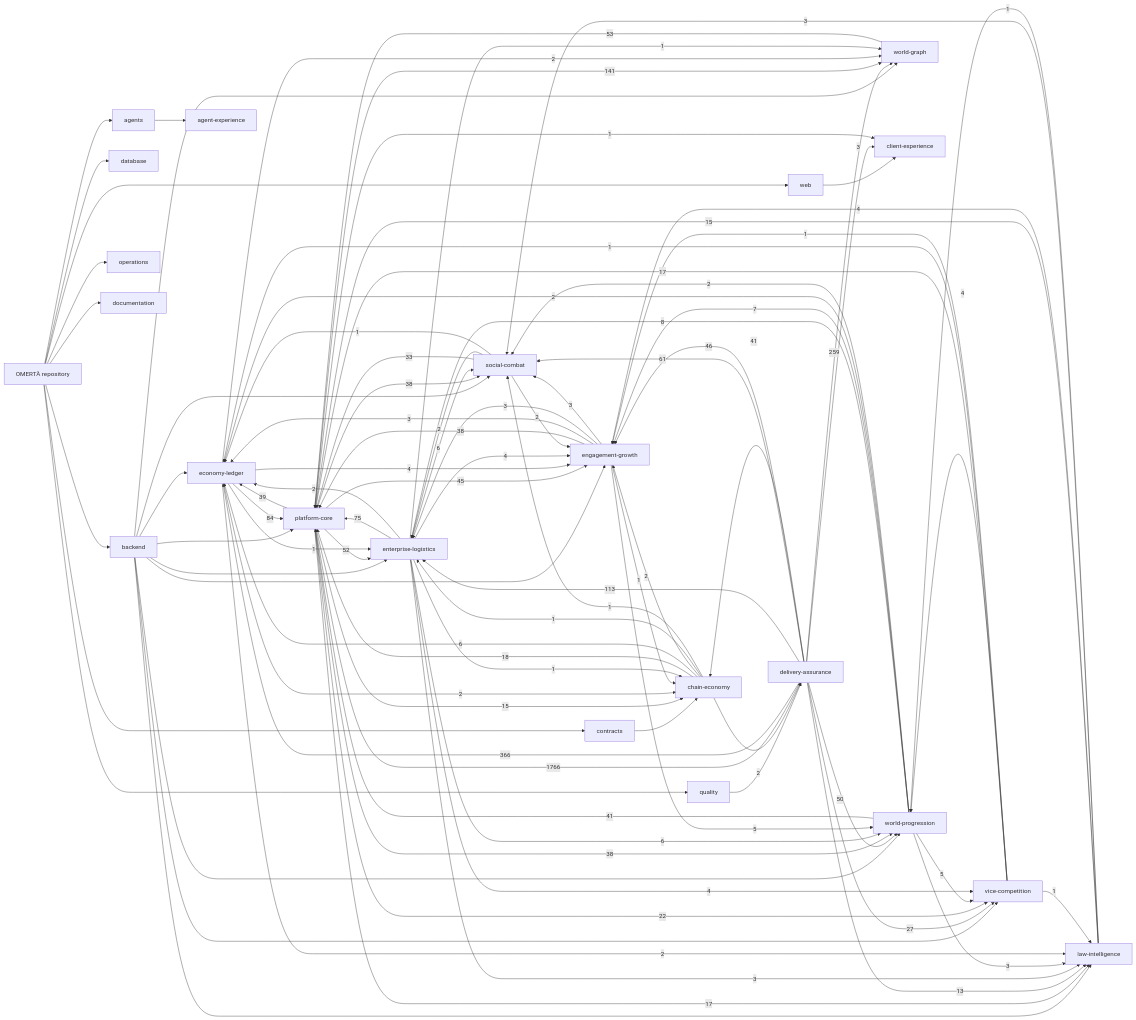
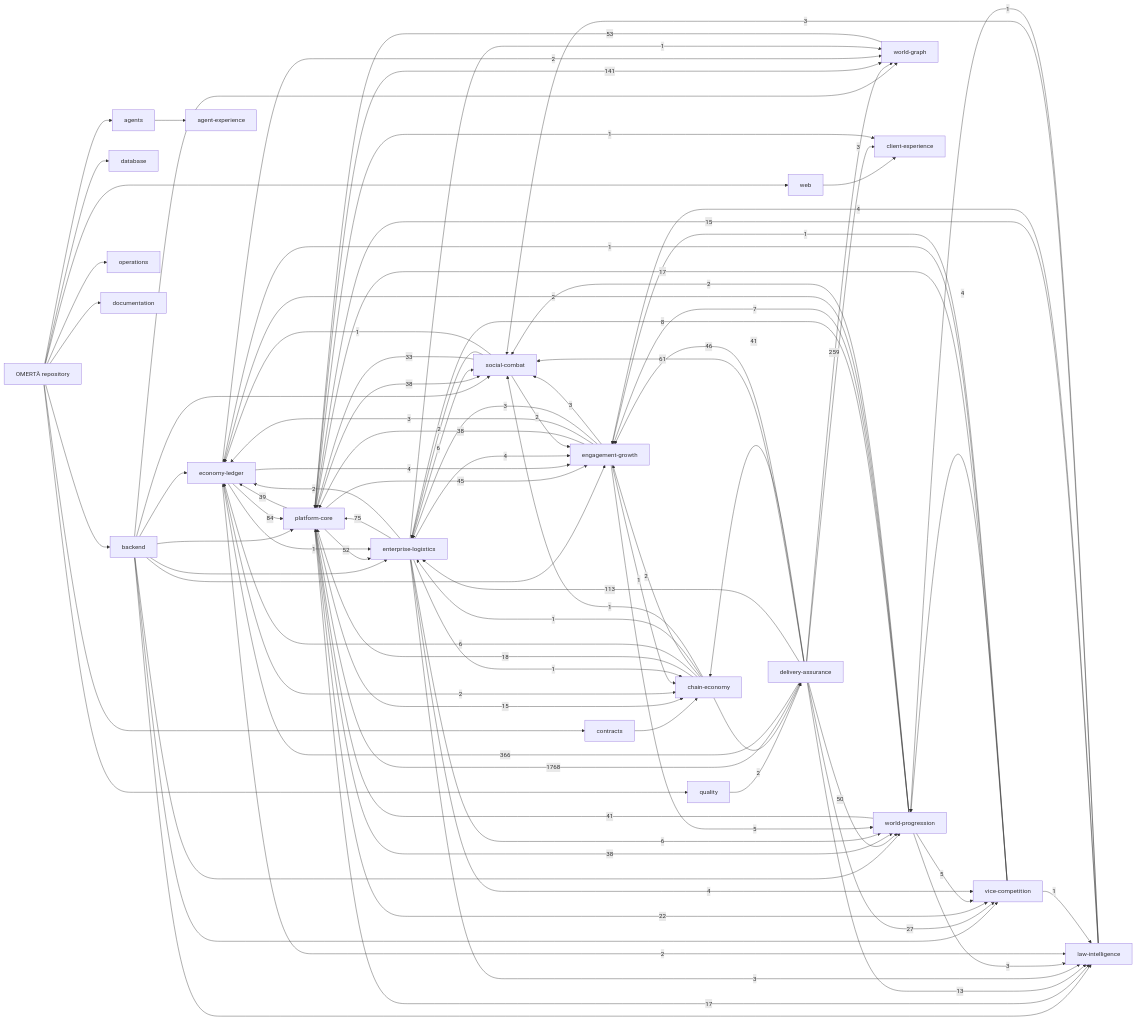
One commit to OmertaDev/Omerta changed the diagram in knowledge/generated/graph.mmd. Above: the diagram before and after it, drawn with Mermaid. The commit also changed 5 other files, not shown here.

```diff
--- a/knowledge/generated/graph.mmd
+++ b/knowledge/generated/graph.mmd
@@ -1,113 +1,113 @@
 flowchart LR
   repo["OMERTÀ repository"]
   sub_backend["backend"]
   repo --> sub_backend
   sub_database["database"]
   repo --> sub_database
   sub_web["web"]
   repo --> sub_web
   sub_contracts["contracts"]
   repo --> sub_contracts
   sub_agents["agents"]
   repo --> sub_agents
   sub_quality["quality"]
   repo --> sub_quality
   sub_operations["operations"]
   repo --> sub_operations
   sub_documentation["documentation"]
   repo --> sub_documentation
   dom_platform-core["platform-core"]
   dom_economy-ledger["economy-ledger"]
   dom_social-combat["social-combat"]
   dom_world-progression["world-progression"]
   dom_world-graph["world-graph"]
   dom_enterprise-logistics["enterprise-logistics"]
   dom_vice-competition["vice-competition"]
   dom_law-intelligence["law-intelligence"]
   dom_chain-economy["chain-economy"]
   dom_engagement-growth["engagement-growth"]
   dom_client-experience["client-experience"]
   dom_agent-experience["agent-experience"]
   dom_delivery-assurance["delivery-assurance"]
   sub_agents --> dom_agent-experience
   sub_backend --> dom_economy-ledger
   sub_backend --> dom_engagement-growth
   sub_backend --> dom_enterprise-logistics
   sub_backend --> dom_law-intelligence
   sub_backend --> dom_platform-core
   sub_backend --> dom_social-combat
   sub_backend --> dom_vice-competition
   sub_backend --> dom_world-graph
   sub_backend --> dom_world-progression
   sub_contracts --> dom_chain-economy
   sub_quality --> dom_delivery-assurance
   sub_web --> dom_client-experience
-  dom_delivery-assurance -->|1766| dom_platform-core
+  dom_delivery-assurance -->|1768| dom_platform-core
   dom_delivery-assurance -->|366| dom_economy-ledger
   dom_delivery-assurance -->|259| dom_world-graph
   dom_platform-core -->|141| dom_world-graph
   dom_delivery-assurance -->|113| dom_enterprise-logistics
   dom_economy-ledger -->|84| dom_platform-core
   dom_enterprise-logistics -->|75| dom_platform-core
   dom_delivery-assurance -->|61| dom_social-combat
   dom_world-graph -->|53| dom_platform-core
   dom_platform-core -->|52| dom_enterprise-logistics
   dom_delivery-assurance -->|50| dom_world-progression
   dom_delivery-assurance -->|46| dom_engagement-growth
   dom_platform-core -->|45| dom_engagement-growth
   dom_delivery-assurance -->|41| dom_chain-economy
   dom_world-progression -->|41| dom_platform-core
   dom_platform-core -->|39| dom_economy-ledger
   dom_engagement-growth -->|38| dom_platform-core
   dom_platform-core -->|38| dom_social-combat
   dom_platform-core -->|38| dom_world-progression
   dom_social-combat -->|33| dom_platform-core
   dom_delivery-assurance -->|27| dom_vice-competition
   dom_platform-core -->|22| dom_vice-competition
   dom_chain-economy -->|18| dom_platform-core
   dom_platform-core -->|17| dom_law-intelligence
   dom_vice-competition -->|17| dom_platform-core
   dom_law-intelligence -->|15| dom_platform-core
   dom_platform-core -->|15| dom_chain-economy
   dom_delivery-assurance -->|13| dom_law-intelligence
   dom_world-progression -->|8| dom_enterprise-logistics
   dom_world-progression -->|7| dom_engagement-growth
   dom_chain-economy -->|6| dom_economy-ledger
   dom_enterprise-logistics -->|6| dom_social-combat
   dom_enterprise-logistics -->|6| dom_world-progression
   dom_engagement-growth -->|5| dom_world-progression
   dom_world-progression -->|5| dom_vice-competition
   dom_economy-ledger -->|4| dom_engagement-growth
   dom_enterprise-logistics -->|4| dom_engagement-growth
   dom_enterprise-logistics -->|4| dom_vice-competition
   dom_law-intelligence -->|4| dom_engagement-growth
   dom_vice-competition -->|4| dom_world-progression
   dom_delivery-assurance -->|3| dom_client-experience
   dom_engagement-growth -->|3| dom_economy-ledger
   dom_engagement-growth -->|3| dom_enterprise-logistics
   dom_engagement-growth -->|3| dom_social-combat
   dom_enterprise-logistics -->|3| dom_law-intelligence
   dom_law-intelligence -->|3| dom_social-combat
   dom_world-progression -->|3| dom_law-intelligence
   dom_chain-economy -->|2| dom_delivery-assurance
   dom_chain-economy -->|2| dom_engagement-growth
   dom_economy-ledger -->|2| dom_chain-economy
   dom_economy-ledger -->|2| dom_law-intelligence
   dom_economy-ledger -->|2| dom_world-graph
   dom_enterprise-logistics -->|2| dom_economy-ledger
   dom_social-combat -->|2| dom_engagement-growth
   dom_social-combat -->|2| dom_enterprise-logistics
   dom_world-progression -->|2| dom_economy-ledger
   dom_world-progression -->|2| dom_social-combat
   dom_chain-economy -->|1| dom_enterprise-logistics
   dom_chain-economy -->|1| dom_social-combat
   dom_economy-ledger -->|1| dom_enterprise-logistics
   dom_engagement-growth -->|1| dom_chain-economy
   dom_enterprise-logistics -->|1| dom_chain-economy
   dom_enterprise-logistics -->|1| dom_world-graph
   dom_law-intelligence -->|1| dom_world-progression
   dom_platform-core -->|1| dom_client-experience
   dom_social-combat -->|1| dom_economy-ledger
   dom_vice-competition -->|1| dom_economy-ledger
   dom_vice-competition -->|1| dom_engagement-growth
   dom_vice-competition -->|1| dom_law-intelligence
```
